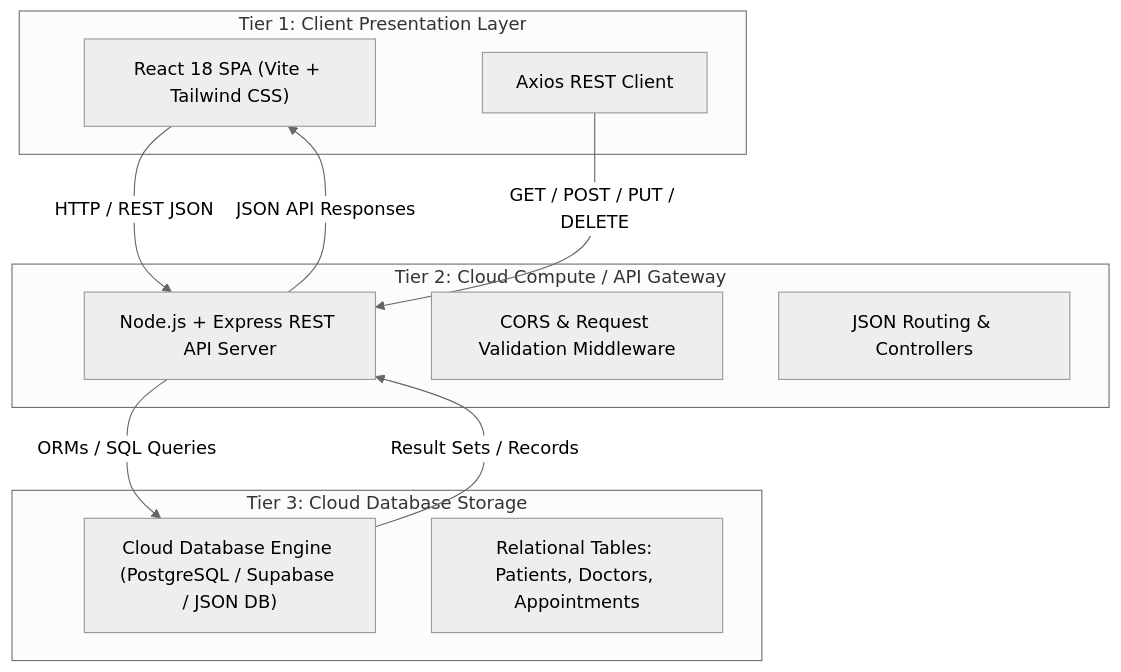
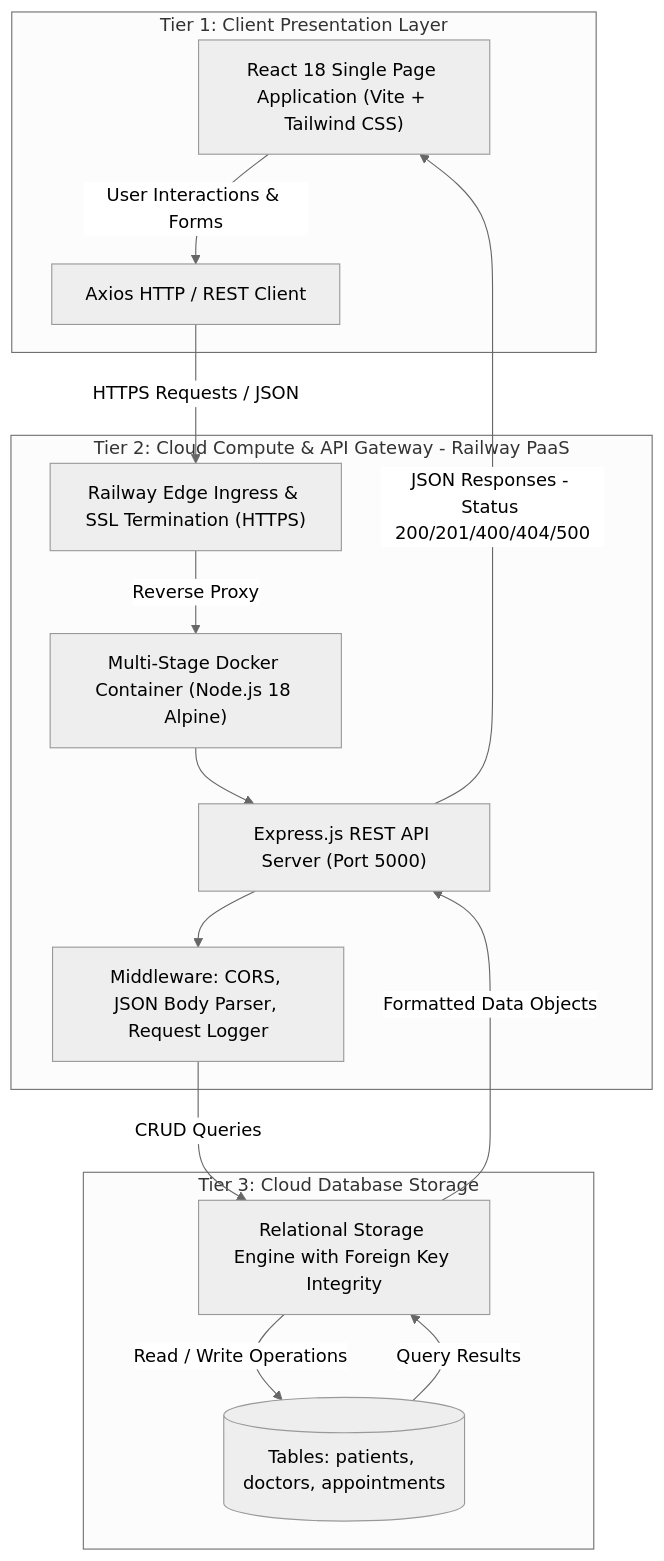
Before and after one commit to cain32155/cloudmed-bacse344: the first of 2 diagrams in BACSE344_CloudMed_Final_Assignment_Report.md, drawn with Mermaid (neutral theme). The commit also changed other lines of this file and 1 other file, not shown here.

Commit message:
Update detailed BACSE344 submission report with source code, API docs, video script, and live URLs

````diff
--- a/BACSE344_CloudMed_Final_Assignment_Report.md
+++ b/BACSE344_CloudMed_Final_Assignment_Report.md
@@ -45,24 +52,30 @@
 ```mermaid
 graph TD
-    subgraph Presentation Tier [Tier 1: Client Presentation Layer]
-        A["React 18 SPA (Vite + Tailwind CSS)"]
-        B["Axios REST Client"]
+    subgraph Client Tier [Tier 1: Client Presentation Layer]
+        A["React 18 Single Page Application (Vite + Tailwind CSS)"]
+        B["Axios HTTP / REST Client"]
     end
 
-    subgraph Application Tier [Tier 2: Cloud Compute / API Gateway]
-        C["Node.js + Express REST API Server"]
-        D["CORS & Request Validation Middleware"]
-        E["JSON Routing & Controllers"]
+    subgraph Cloud Infrastructure [Tier 2: Cloud Compute & API Gateway - Railway PaaS]
+        C["Railway Edge Ingress & SSL Termination (HTTPS)"]
+        D["Multi-Stage Docker Container (Node.js 18 Alpine)"]
+        E["Express.js REST API Server (Port 5000)"]
+        F["Middleware: CORS, JSON Body Parser, Request Logger"]
     end
 
-    subgraph Database Persistence Tier [Tier 3: Cloud Database Storage]
-        F["Cloud Database Engine (PostgreSQL / Supabase / JSON DB)"]
-        G["Relational Tables: Patients, Doctors, Appointments"]
+    subgraph Data Persistence Tier [Tier 3: Cloud Database Storage]
+        G["Relational Storage Engine with Foreign Key Integrity"]
+        H[("Tables: patients, doctors, appointments")]
     end
 
-    A -->|HTTP / REST JSON| C
-    B -->|GET / POST / PUT / DELETE| C
-    C -->|ORMs / SQL Queries| F
-    F -->|Result Sets / Records| C
-    C -->|JSON API Responses| A
+    A -->|User Interactions & Forms| B
+    B -->|HTTPS Requests / JSON| C
+    C -->|Reverse Proxy| D
+    D --> E
+    E --> F
+    F -->|CRUD Queries| G
+    G -->|Read / Write Operations| H
+    H -->|Query Results| G
+    G -->|Formatted Data Objects| E
+    E -->|JSON Responses - Status 200/201/400/404/500| A
 ```
````
